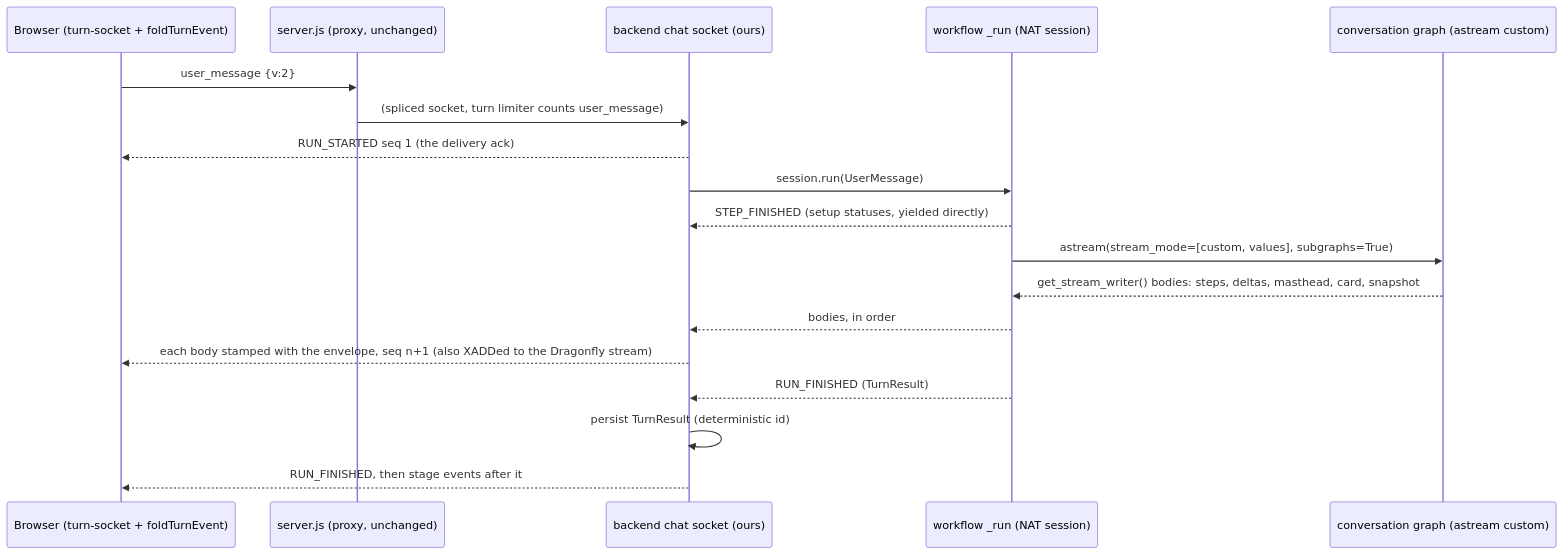
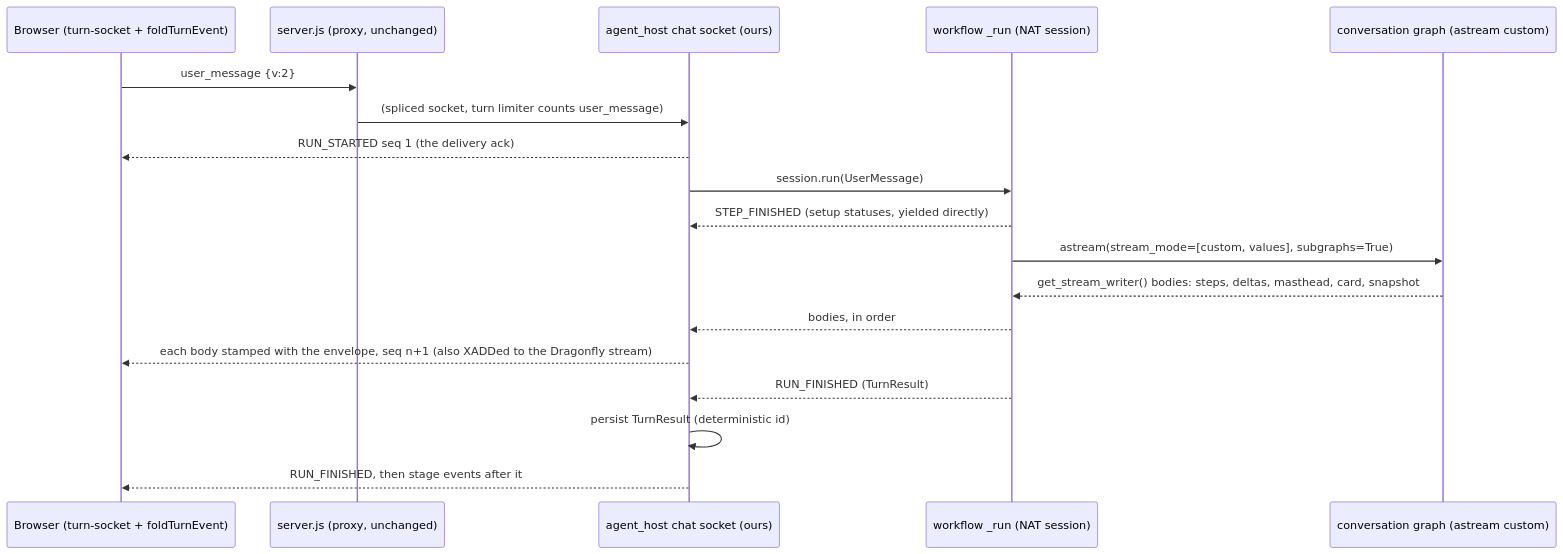
Before and after one commit to archos-at/archos: the diagram in docs/design/chat-wire-v2.md, drawn with Mermaid. The commit also changed other lines of this file and 311 other files, not shown here.

First line of the commit message:
refactor(agent): name the API package agent_host

````diff
--- a/docs/design/chat-wire-v2.md
+++ b/docs/design/chat-wire-v2.md
@@ -44,20 +44,20 @@
 ```mermaid
 sequenceDiagram
     participant B as Browser (turn-socket + foldTurnEvent)
     participant P as server.js (proxy, unchanged)
-    participant H as backend chat socket (ours)
+    participant H as agent_host chat socket (ours)
     participant W as workflow _run (NAT session)
     participant G as conversation graph (astream custom)
     B->>P: user_message {v:2}
     P->>H: (spliced socket, turn limiter counts user_message)
     H-->>B: RUN_STARTED seq 1 (the delivery ack)
     H->>W: session.run(UserMessage)
     W-->>H: STEP_FINISHED (setup statuses, yielded directly)
     W->>G: astream(stream_mode=[custom, values], subgraphs=True)
     G-->>W: get_stream_writer() bodies: steps, deltas, masthead, card, snapshot
     W-->>H: bodies, in order
     H-->>B: each body stamped with the envelope, seq n+1 (also XADDed to the Dragonfly stream)
     W-->>H: RUN_FINISHED (TurnResult)
     H->>H: persist TurnResult (deterministic id)
     H-->>B: RUN_FINISHED, then stage events after it
 ```
````
